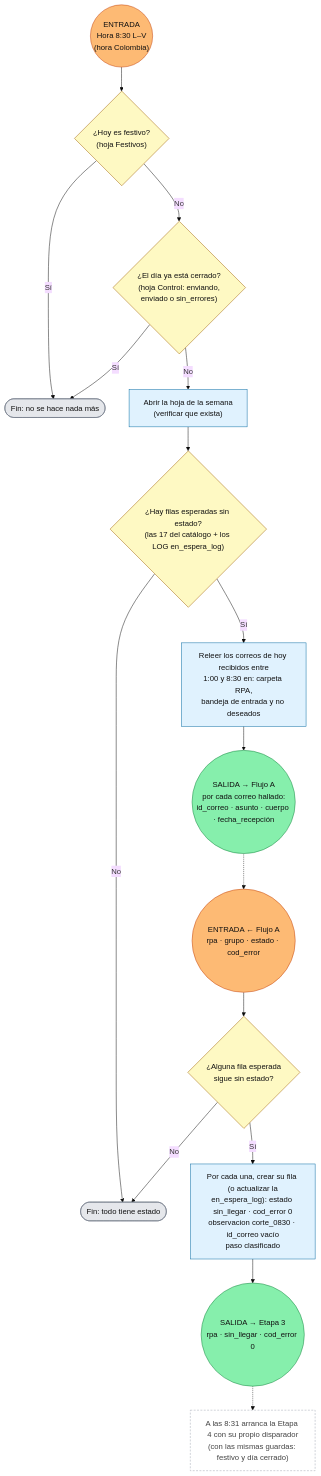
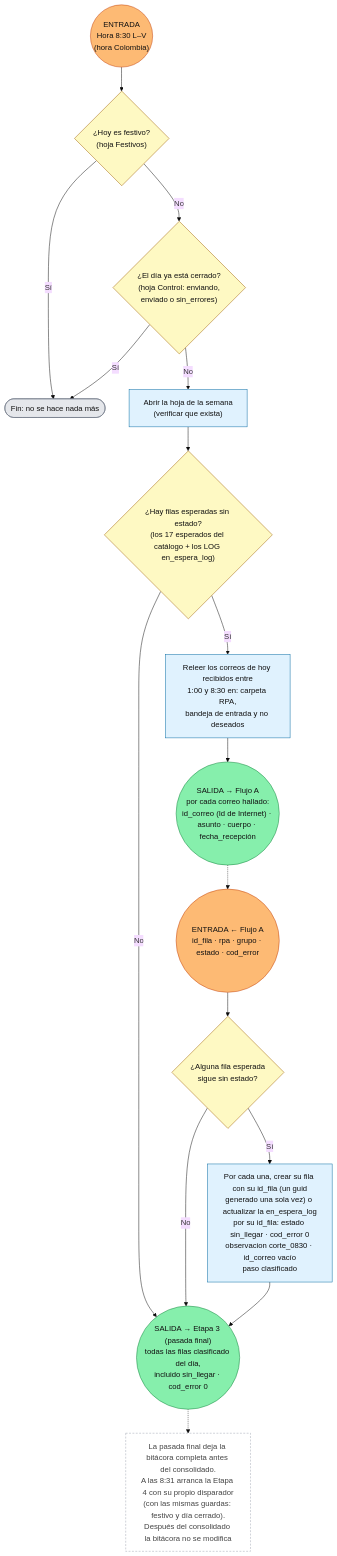
The diagram in etapa2-lectura-correos/flujo2c-corte-0830.md (juanromerov/champions-rpa-mx), drawn with Mermaid (base theme) before and after one commit. The commit also changed other lines of this file and 5 other files, not shown here.

````diff
--- a/etapa2-lectura-correos/flujo2c-corte-0830.md
+++ b/etapa2-lectura-correos/flujo2c-corte-0830.md
@@ -5,37 +5,36 @@
 ```mermaid
 flowchart TD
     classDef entrada fill:#fdba74,stroke:#c2410c,color:#111
     classDef salida fill:#86efac,stroke:#15803d,color:#111
     classDef paso fill:#e0f2fe,stroke:#0369a1,color:#111
     classDef decision fill:#fef9c3,stroke:#a16207,color:#111
     classDef gris fill:#e5e7eb,stroke:#6b7280,color:#111
     classDef nota fill:#fff,stroke:#9ca3af,color:#444,stroke-dasharray:4 3
 
     IN(("ENTRADA<br/>Hora 8:30 L–V<br/>(hora Colombia)")):::entrada
     FEST{"¿Hoy es festivo?<br/>(hoja Festivos)"}:::decision
     ENV{"¿El día ya está cerrado?<br/>(hoja Control: enviando,<br/>enviado o sin_errores)"}:::decision
     FIN(["Fin: no se hace nada más"]):::gris
     ABRIR["Abrir la hoja de la semana<br/>(verificar que exista)"]:::paso
-    PEND{"¿Hay filas esperadas sin estado?<br/>(las 17 del catálogo + los LOG en_espera_log)"}:::decision
-    FIN2(["Fin: todo tiene estado"]):::gris
+    PEND{"¿Hay filas esperadas sin estado?<br/>(los 17 esperados del catálogo + los LOG en_espera_log)"}:::decision
     RELEER["Releer los correos de hoy recibidos entre<br/>1:00 y 8:30 en: carpeta RPA,<br/>bandeja de entrada y no deseados"]:::paso
-    OUTA(("SALIDA → Flujo A<br/>por cada correo hallado:<br/>id_correo · asunto · cuerpo · fecha_recepción")):::salida
-    INB(("ENTRADA ← Flujo A<br/>rpa · grupo · estado · cod_error")):::entrada
+    OUTA(("SALIDA → Flujo A<br/>por cada correo hallado:<br/>id_correo (Id de Internet) · asunto · cuerpo · fecha_recepción")):::salida
+    INB(("ENTRADA ← Flujo A<br/>id_fila · rpa · grupo · estado · cod_error")):::entrada
     SIGUE{"¿Alguna fila esperada<br/>sigue sin estado?"}:::decision
-    SINLL["Por cada una, crear su fila (o actualizar la<br/>en_espera_log): estado sin_llegar · cod_error 0<br/>observacion corte_0830 · id_correo vacío<br/>paso clasificado"]:::paso
-    OUTE(("SALIDA → Etapa 3<br/>rpa · sin_llegar · cod_error 0")):::salida
-    NOTA["A las 8:31 arranca la Etapa 4 con su propio disparador<br/>(con las mismas guardas: festivo y día cerrado)"]:::nota
+    SINLL["Por cada una, crear su fila con su id_fila (un guid<br/>generado una sola vez) o actualizar la en_espera_log<br/>por su id_fila: estado sin_llegar · cod_error 0<br/>observacion corte_0830 · id_correo vacío<br/>paso clasificado"]:::paso
+    OUTE(("SALIDA → Etapa 3 (pasada final)<br/>todas las filas clasificado del día,<br/>incluido sin_llegar · cod_error 0")):::salida
+    NOTA["La pasada final deja la bitácora completa antes del consolidado.<br/>A las 8:31 arranca la Etapa 4 con su propio disparador<br/>(con las mismas guardas: festivo y día cerrado).<br/>Después del consolidado la bitácora no se modifica"]:::nota
 
     IN --> FEST
     FEST -- Sí --> FIN
     FEST -- No --> ENV
     ENV -- Sí --> FIN
     ENV -- No --> ABRIR --> PEND
-    PEND -- No --> FIN2
+    PEND -- No --> OUTE
     PEND -- Sí --> RELEER --> OUTA
     OUTA -.-> INB
     INB --> SIGUE
-    SIGUE -- No --> FIN2
+    SIGUE -- No --> OUTE
     SIGUE -- Sí --> SINLL --> OUTE
     OUTE -.-> NOTA
 ```
````
